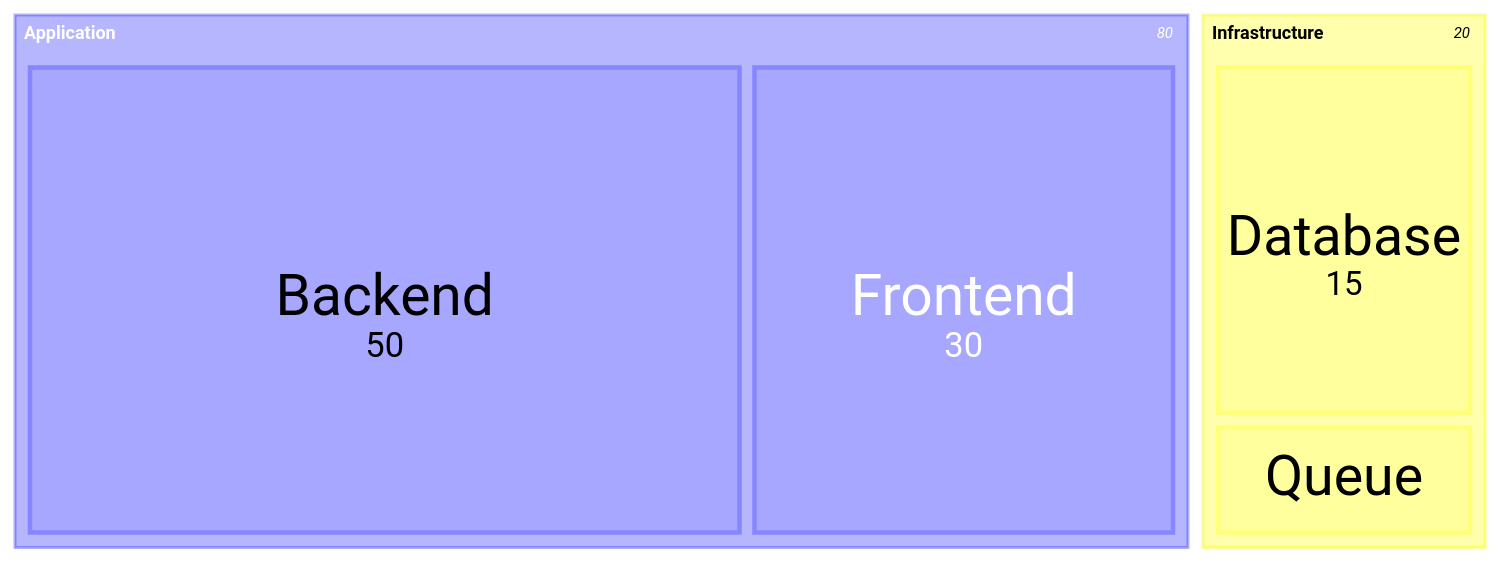
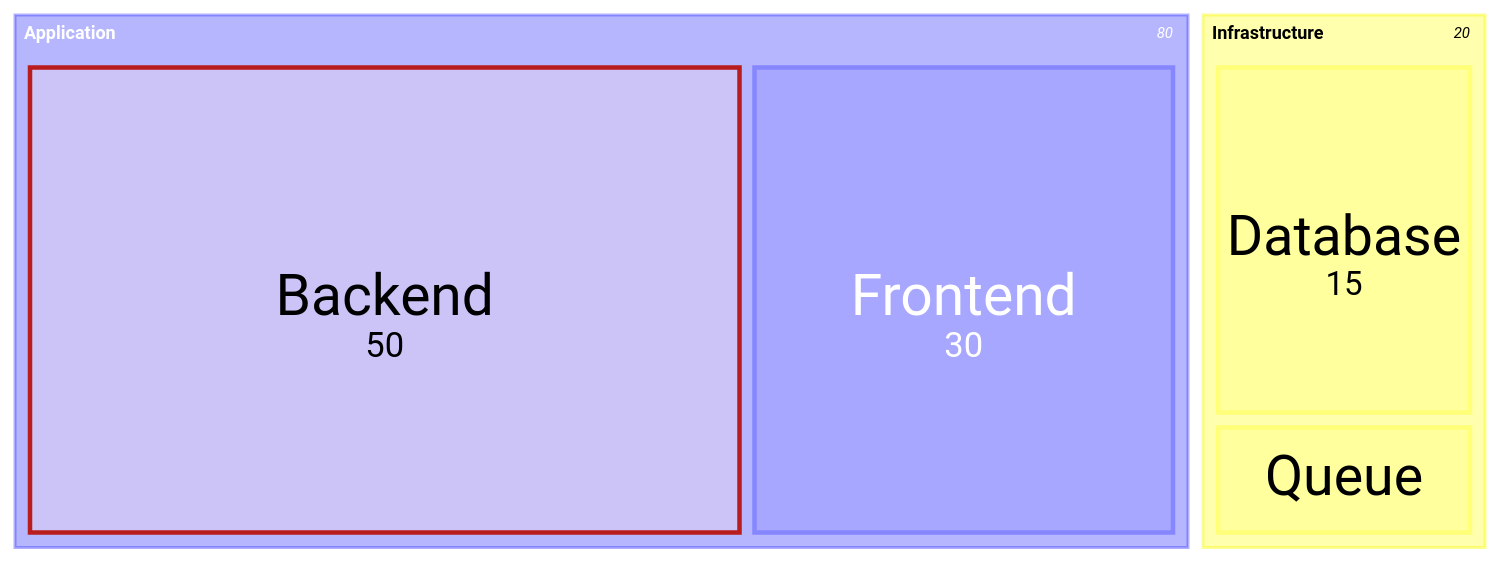
The diagram in examples/mermaid/treemap.mmd (reardan/w), drawn with Mermaid before and after one commit. The commit also changed 11 other files, not shown here.

First line of the commit message:
mermaid: block shapes, block arrows and styles; treemap classes; docs

```diff
--- a/examples/mermaid/treemap.mmd
+++ b/examples/mermaid/treemap.mmd
@@ -1,7 +1,8 @@
 treemap-beta
 "Application"
   "Frontend": 30
-  "Backend": 50
+  "Backend": 50:::hot
 "Infrastructure"
   "Database": 15
   "Queue": 5
+classDef hot fill:#fee2e2,stroke:#b91c1c
```
